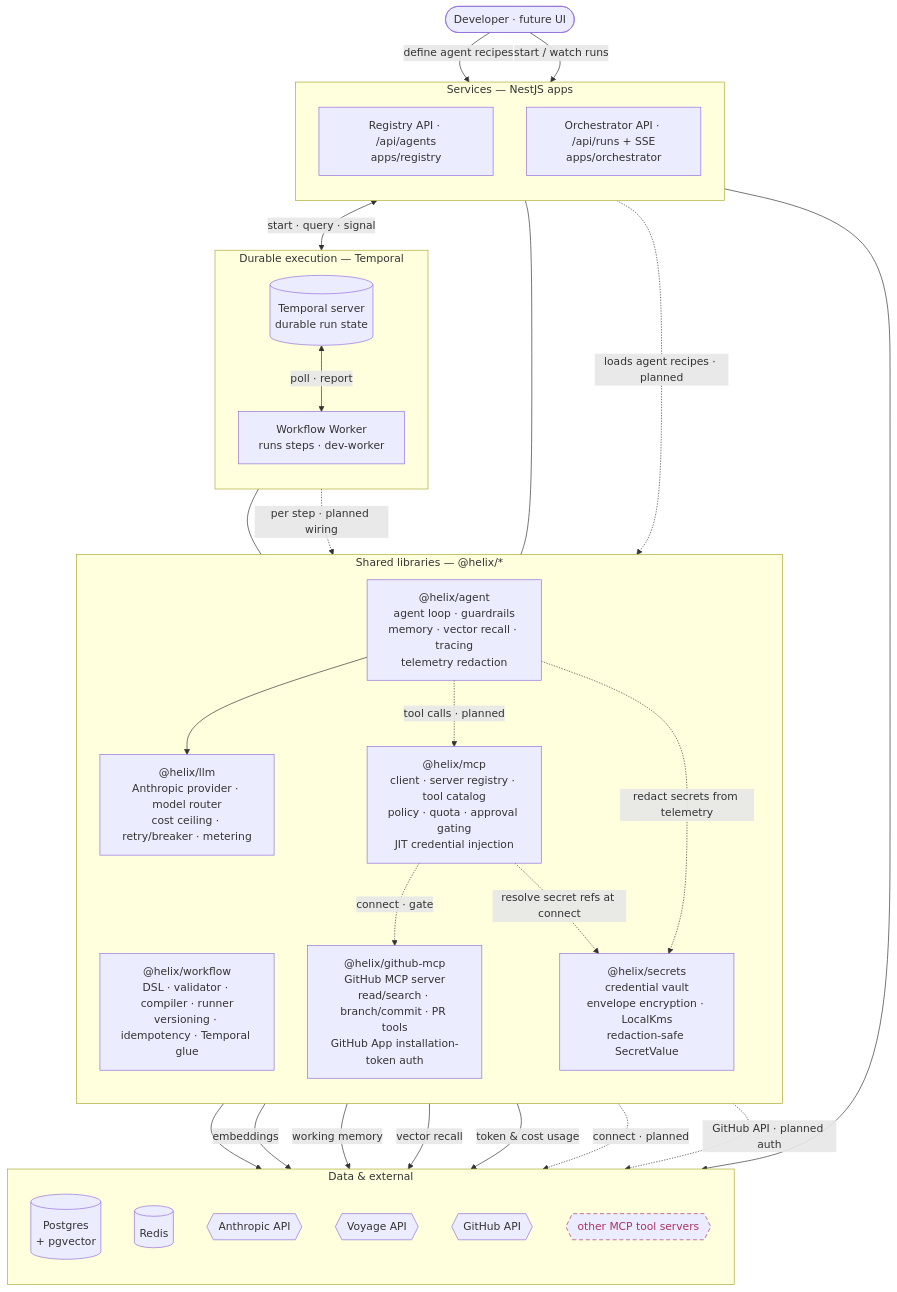
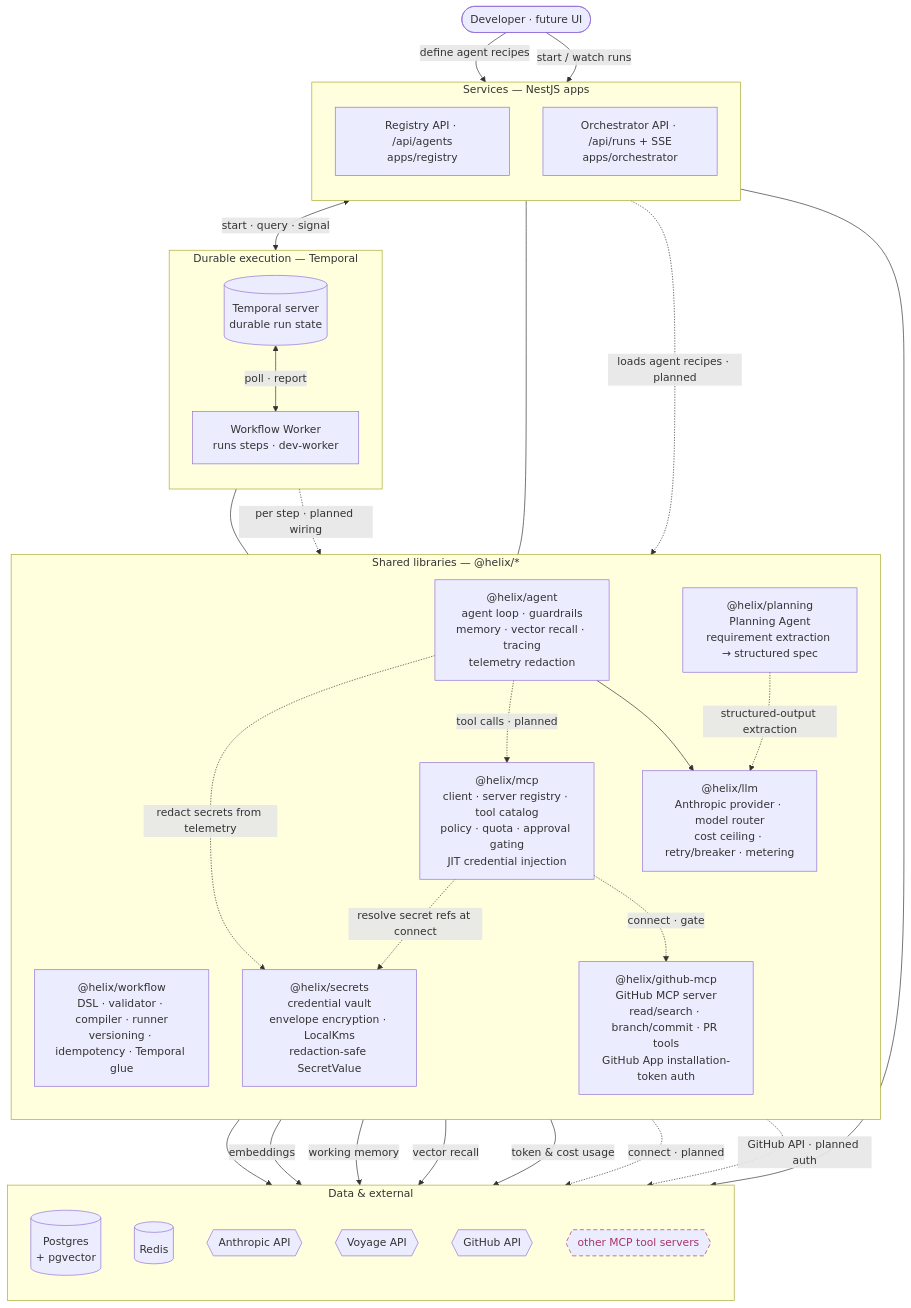
One commit to shhashhank/helix changed the first of 2 diagrams in docs/ARCHITECTURE.md. Above: the diagram before and after it, drawn with Mermaid. The commit also changed other lines of this file and 13 other files, not shown here.

First line of the commit message:
HELIX-93: requirement extraction prompt + structured spec schema (#54)

````diff
--- a/docs/ARCHITECTURE.md
+++ b/docs/ARCHITECTURE.md
@@ -16,61 +16,63 @@
 ```mermaid
 flowchart TB
   user([Developer · future UI])
 
   subgraph svc["Services — NestJS apps"]
     direction TB
     reg["Registry API · /api/agents<br/>apps/registry"]
     orc["Orchestrator API · /api/runs + SSE<br/>apps/orchestrator"]
   end
 
   subgraph dur["Durable execution — Temporal"]
     direction TB
     tmp[("Temporal server<br/>durable run state")]
     wkr["Workflow Worker<br/>runs steps · dev-worker"]
   end
 
   subgraph lib["Shared libraries — @helix/*"]
     direction TB
     wf["@helix/workflow<br/>DSL · validator · compiler · runner<br/>versioning · idempotency · Temporal glue"]
     ag["@helix/agent<br/>agent loop · guardrails<br/>memory · vector recall · tracing<br/>telemetry redaction"]
     lm["@helix/llm<br/>Anthropic provider · model router<br/>cost ceiling · retry/breaker · metering"]
     mc["@helix/mcp<br/>client · server registry · tool catalog<br/>policy · quota · approval gating<br/>JIT credential injection"]
     gh["@helix/github-mcp<br/>GitHub MCP server<br/>read/search · branch/commit · PR tools<br/>GitHub App installation-token auth"]
     sec["@helix/secrets<br/>credential vault<br/>envelope encryption · LocalKms<br/>redaction-safe SecretValue"]
+    pl["@helix/planning<br/>Planning Agent<br/>requirement extraction → structured spec"]
   end
 
   subgraph dat["Data & external"]
     direction TB
     pg[("Postgres<br/>+ pgvector")]
     rd[("Redis")]
     an{{Anthropic API}}
     vo{{Voyage API}}
     gha{{GitHub API}}
     ext{{other MCP tool servers}}
   end
 
   user -->|define agent recipes| reg
   user -->|start / watch runs| orc
   reg --> pg
   orc <-->|start · query · signal| tmp
   tmp <-->|poll · report| wkr
   wkr --- wf
   orc --- wf
   wkr -.->|per step · planned wiring| ag
   reg -.->|loads agent recipes · planned| ag
   ag --> lm
   ag -.->|tool calls · planned| mc
   lm --> an
   ag -->|embeddings| vo
   ag -->|working memory| rd
   ag -->|vector recall| pg
   lm -->|token & cost usage| pg
   mc -.->|connect · gate| gh
   mc -.->|connect · planned| ext
   mc -.->|resolve secret refs at connect| sec
   ag -.->|redact secrets from telemetry| sec
+  pl -.->|structured-output extraction| lm
   gh -.->|GitHub API · planned auth| gha
 
   classDef planned stroke-dasharray:6 4,stroke:#a36,color:#a36;
   class ext planned;
 ```
````
